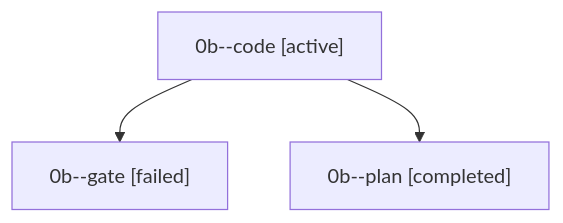
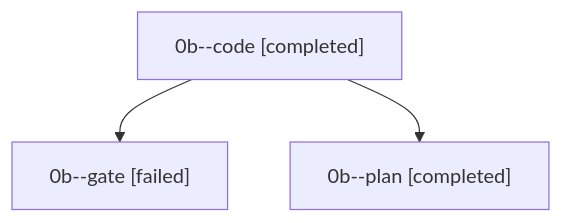
One commit to sase-org/sase--agents changed the diagram in sessions/bbugyi200.kellys_mbp.0b.md. Above: the diagram before and after it, drawn with Mermaid. The commit also changed other lines of this file and 26 other files, not shown here.

````diff
--- a/sessions/bbugyi200.kellys_mbp.0b.md
+++ b/sessions/bbugyi200.kellys_mbp.0b.md
@@ -9,8 +9,8 @@
 ```mermaid
 flowchart TD
-  n0["0b--code [active]"]
+  n0["0b--code [completed]"]
   n1["0b--gate [failed]"]
   n0 --> n1
   n2["0b--plan [completed]"]
   n0 --> n2
 ```
````
